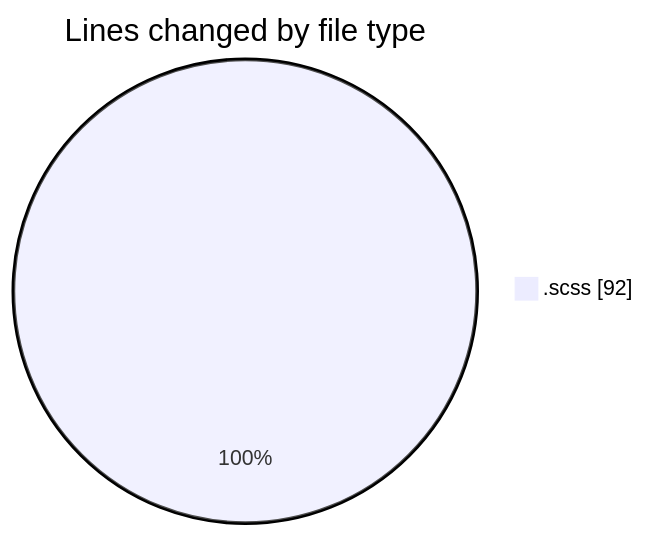
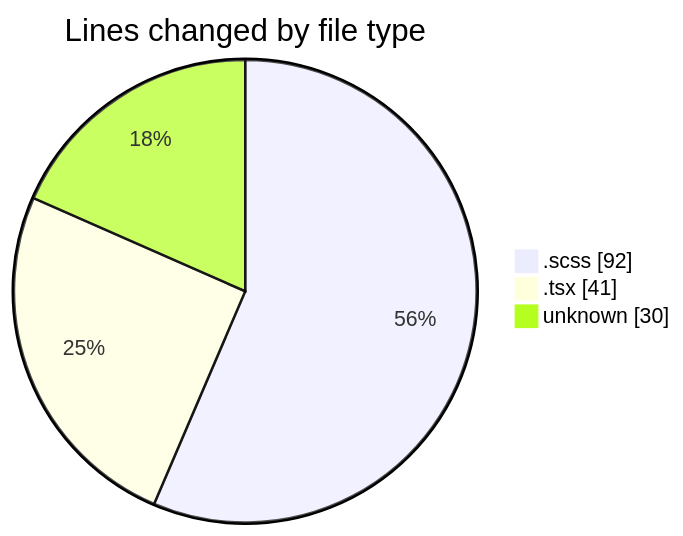
The first of 2 diagrams in 2025-03-05/cda/README.md (momahboobian/code-tracking), drawn with Mermaid before and after one commit. The commit also changed other lines of this file and 1 other file, not shown here.

````diff
--- a/2025-03-05/cda/README.md
+++ b/2025-03-05/cda/README.md
@@ -20,5 +22,7 @@
 ```mermaid
 pie showData
 title Lines changed by file type
 ".scss" : 92
+".tsx" : 41
+"unknown" : 30
 ```
````
